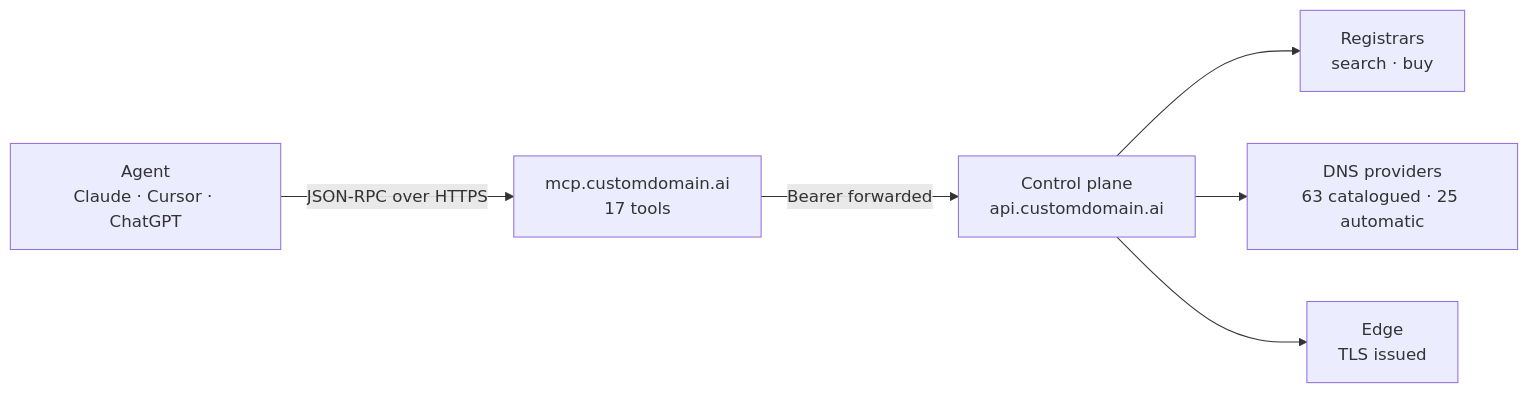
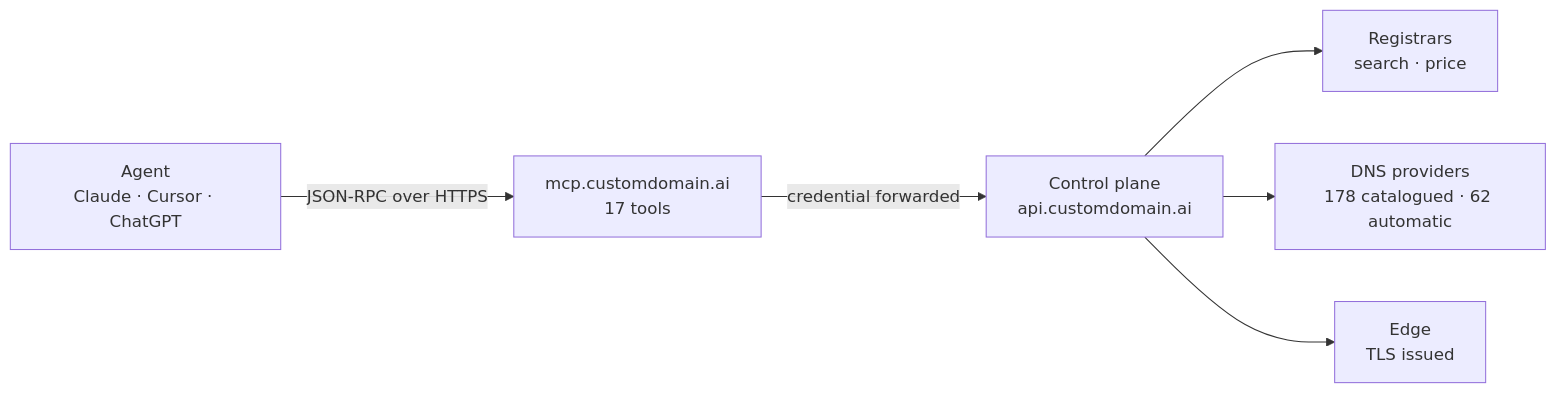
One commit to CUSTOM-DOMAIN-APP/customdomain-mcp changed the first of 2 diagrams in README.md. Above: the diagram before and after it, drawn with Mermaid. The commit also changed other lines of this file and 2 other files, not shown here.

````diff
--- a/README.md
+++ b/README.md
@@ -29,8 +29,8 @@
 ```mermaid
 flowchart LR
   A["Agent<br/>Claude · Cursor · ChatGPT"] -->|"JSON-RPC over HTTPS"| M["mcp.customdomain.ai<br/>17 tools"]
-  M -->|"Bearer forwarded"| C["Control plane<br/>api.customdomain.ai"]
-  C --> R["Registrars<br/>search · buy"]
-  C --> D["DNS providers<br/>63 catalogued · 25 automatic"]
+  M -->|"credential forwarded"| C["Control plane<br/>api.customdomain.ai"]
+  C --> R["Registrars<br/>search · price"]
+  C --> D["DNS providers<br/>178 catalogued · 62 automatic"]
   C --> E["Edge<br/>TLS issued"]
 ```
````
